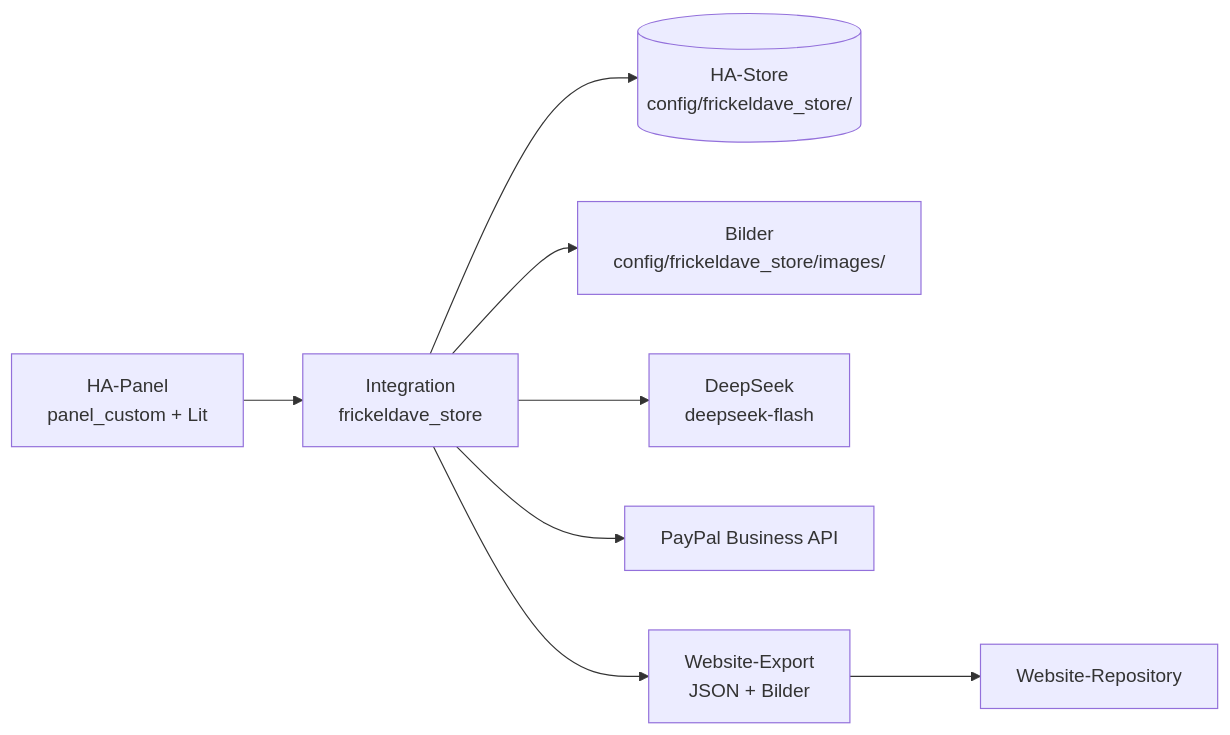
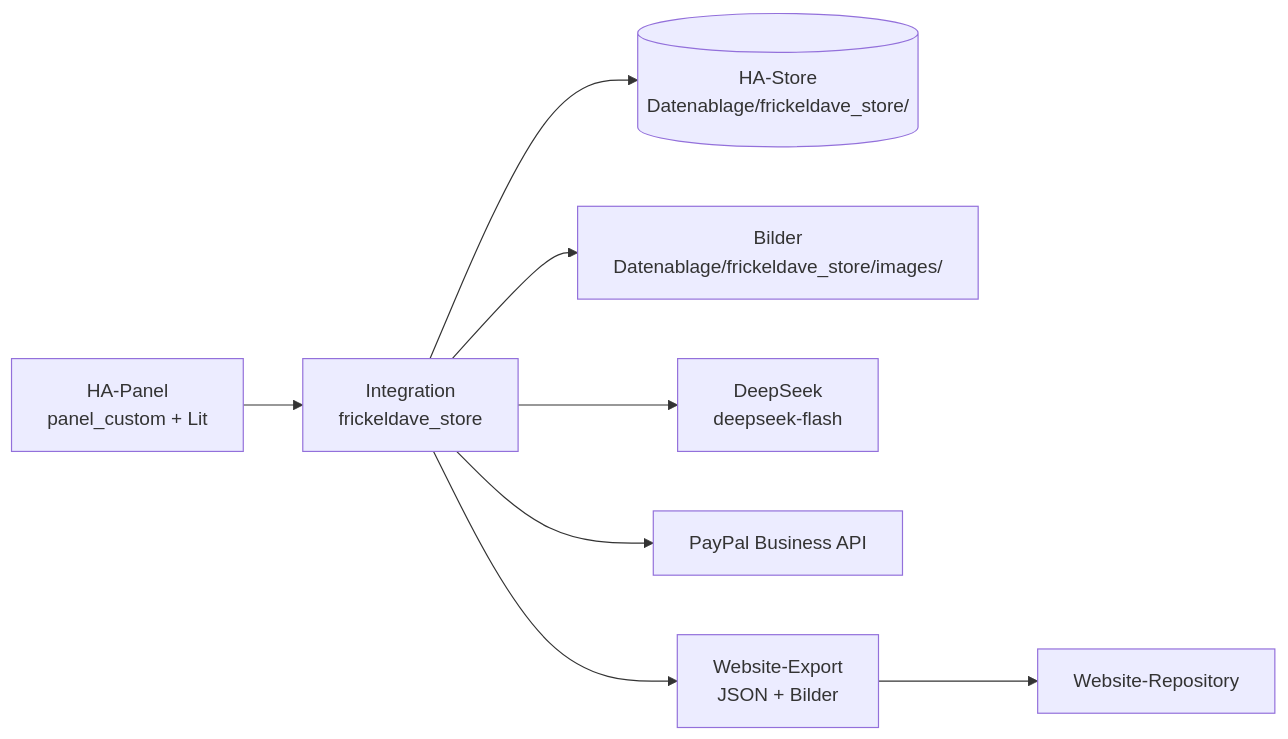
Before and after one commit to Frickeldave/frickeldave.github.io: the diagram in docs/features/fr008-ha-manager.md, drawn with Mermaid. The commit also changed other lines of this file and 1 other file, not shown here.

````diff
--- a/docs/features/fr008-ha-manager.md
+++ b/docs/features/fr008-ha-manager.md
@@ -36,10 +36,10 @@
 ```mermaid
 flowchart LR
   panel[HA-Panel<br/>panel_custom + Lit] --> api[Integration<br/>frickeldave_store]
-  api --> store[(HA-Store<br/>config/frickeldave_store/)]
-  api --> images[Bilder<br/>config/frickeldave_store/images/]
+  api --> store[(HA-Store<br/>Datenablage/frickeldave_store/)]
+  api --> images[Bilder<br/>Datenablage/frickeldave_store/images/]
   api --> deepseek[DeepSeek<br/>deepseek-flash]
   api --> paypal[PayPal Business API]
   api --> export[Website-Export<br/>JSON + Bilder]
   export --> website[Website-Repository]
 ```
````
